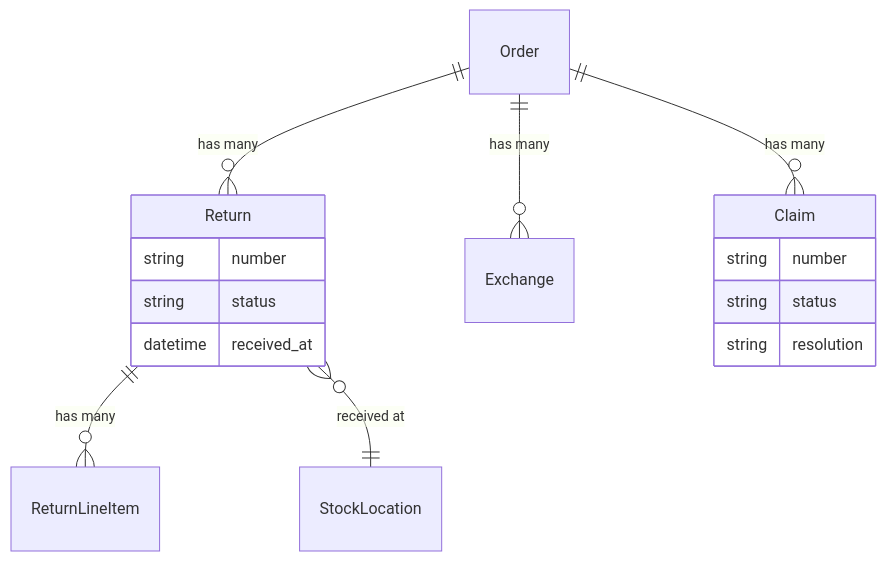
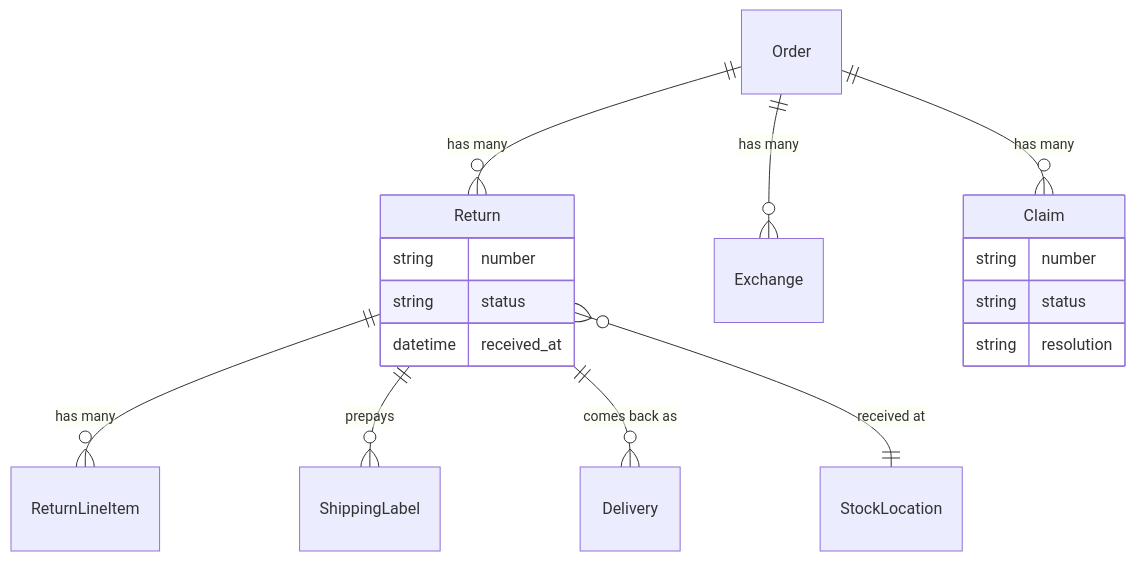
The diagram in docs/developer/core-concepts/returns-exchanges-claims.mdx (spree/spree), drawn with Mermaid before and after one commit. The commit also changed other lines of this file and 2 other files, not shown here.

First line of the commit message:
Document consignments, shipping labels and return labels

````diff
--- a/docs/developer/core-concepts/returns-exchanges-claims.mdx
+++ b/docs/developer/core-concepts/returns-exchanges-claims.mdx
@@ -18,19 +18,21 @@
 ```mermaid
 erDiagram
     Order ||--o{ Return : "has many"
     Order ||--o{ Exchange : "has many"
     Order ||--o{ Claim : "has many"
     Return ||--o{ ReturnLineItem : "has many"
+    Return ||--o{ ShippingLabel : "prepays"
+    Return ||--o{ Delivery : "comes back as"
     Return }o--|| StockLocation : "received at"
 
     Return {
         string number
         string status
         datetime received_at
     }
     Claim {
         string number
         string status
         string resolution
     }
 ```
````
